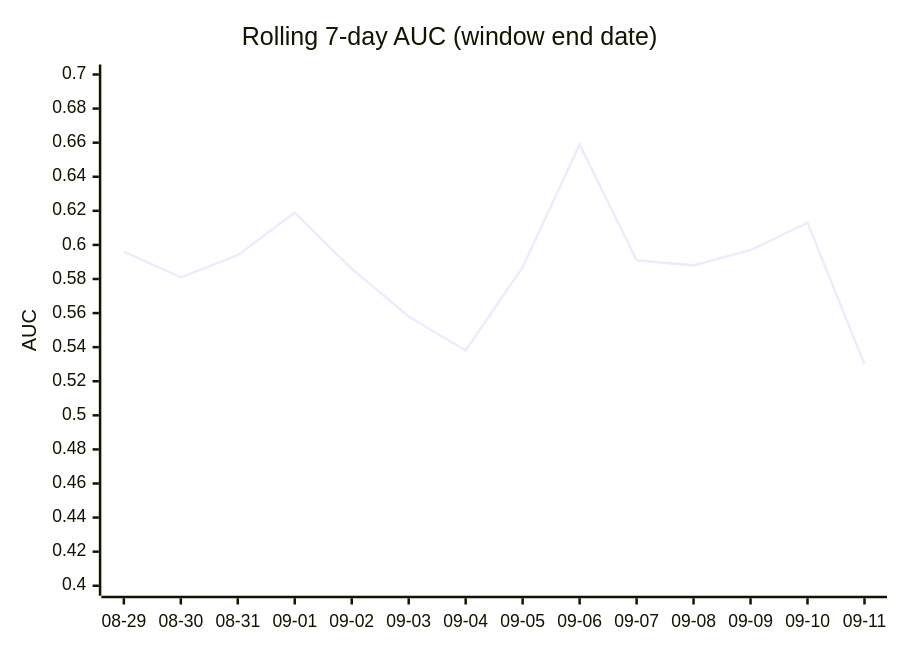
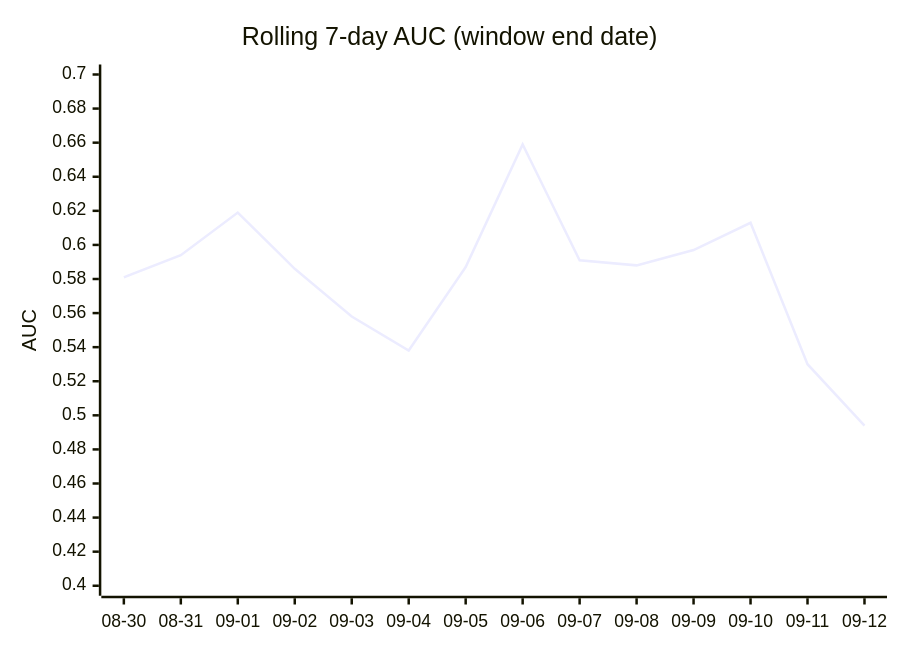
One commit to dpk1212/nhl-savant changed the third of 4 diagrams in DAILY_AGSU_REPORT.md. Above: the diagram before and after it, drawn with Mermaid. The commit also changed other lines of this file, not shown here.

````diff
--- a/DAILY_AGSU_REPORT.md
+++ b/DAILY_AGSU_REPORT.md
@@ -865,7 +869,7 @@
 ```mermaid
 xychart-beta
     title "Rolling 7-day AUC (window end date)"
-    x-axis ["08-29", "08-30", "08-31", "09-01", "09-02", "09-03", "09-04", "09-05", "09-06", "09-07", "09-08", "09-09", "09-10", "09-11"]
+    x-axis ["08-30", "08-31", "09-01", "09-02", "09-03", "09-04", "09-05", "09-06", "09-07", "09-08", "09-09", "09-10", "09-11", "09-12"]
     y-axis "AUC" 0.4 --> 0.7
-    line [0.596, 0.581, 0.594, 0.619, 0.586, 0.558, 0.538, 0.587, 0.659, 0.591, 0.588, 0.597, 0.613, 0.53]
+    line [0.581, 0.594, 0.619, 0.586, 0.558, 0.538, 0.587, 0.659, 0.591, 0.588, 0.597, 0.613, 0.53, 0.494]
 ```
````
